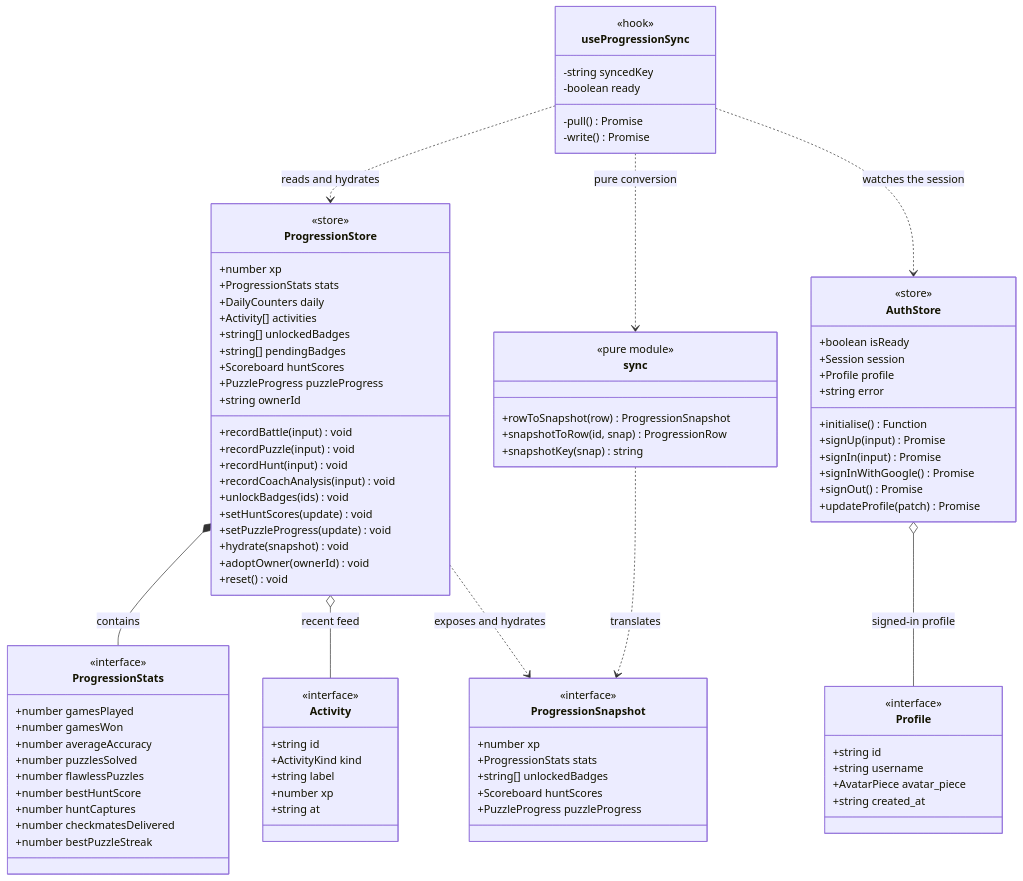
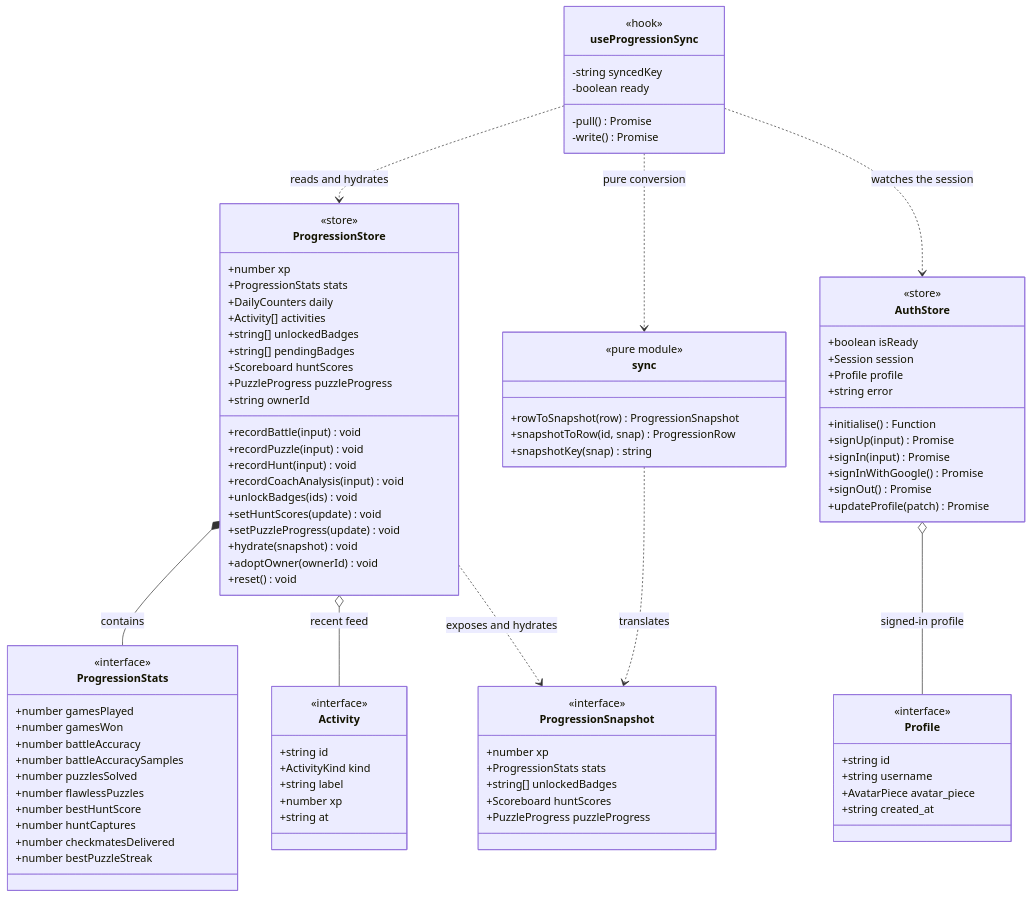
One commit to Amayyas/ChessTrainer changed the third of 4 diagrams in docs/architecture.md. Above: the diagram before and after it, drawn with Mermaid. The commit also changed other lines of this file and 1 other file, not shown here.

First line of the commit message:
docs: correct facts the README and architecture had left behind

```diff
--- a/docs/architecture.md
+++ b/docs/architecture.md
@@ -277,7 +280,8 @@
         <<interface>>
         +number gamesPlayed
         +number gamesWon
-        +number averageAccuracy
+        +number battleAccuracy
+        +number battleAccuracySamples
         +number puzzlesSolved
         +number flawlessPuzzles
         +number bestHuntScore
```
